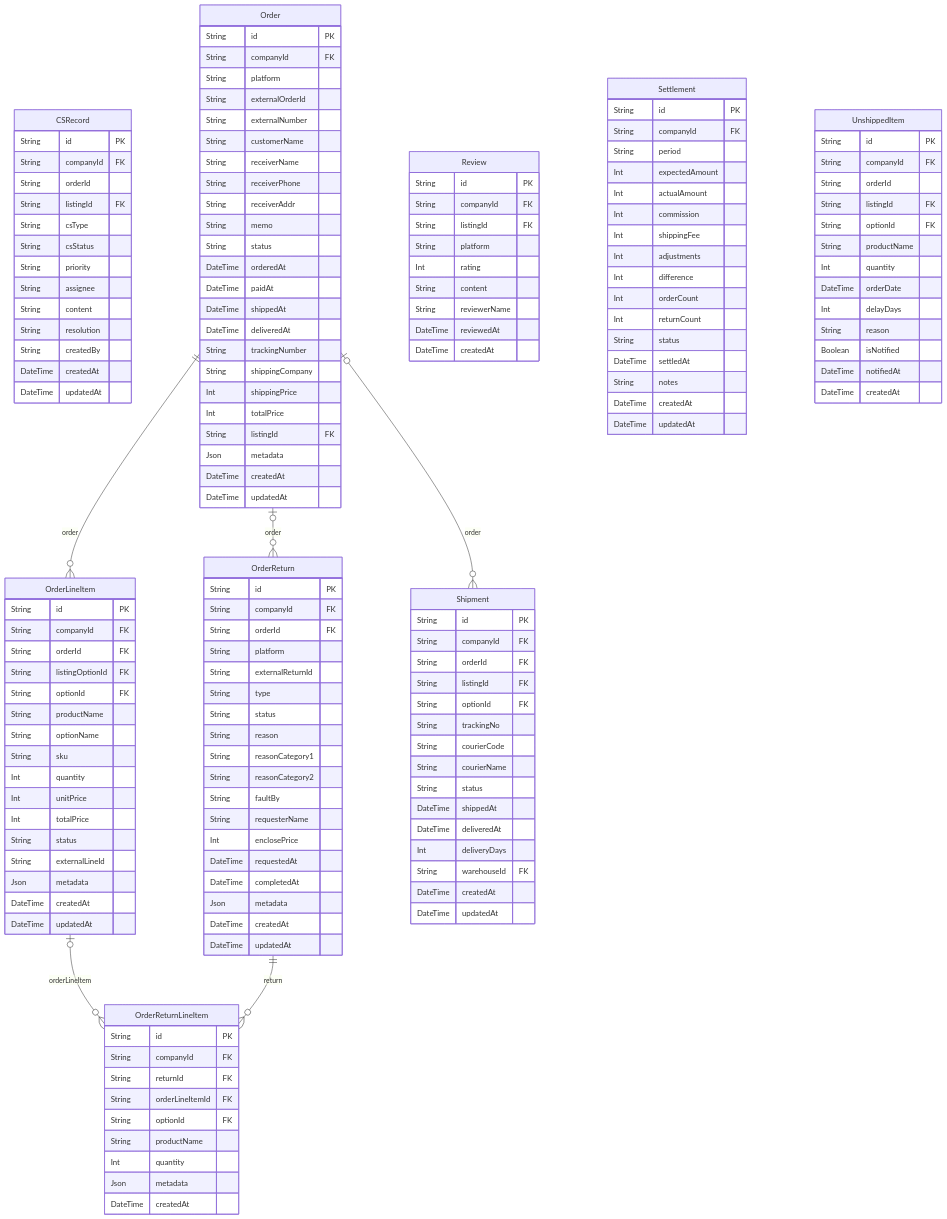
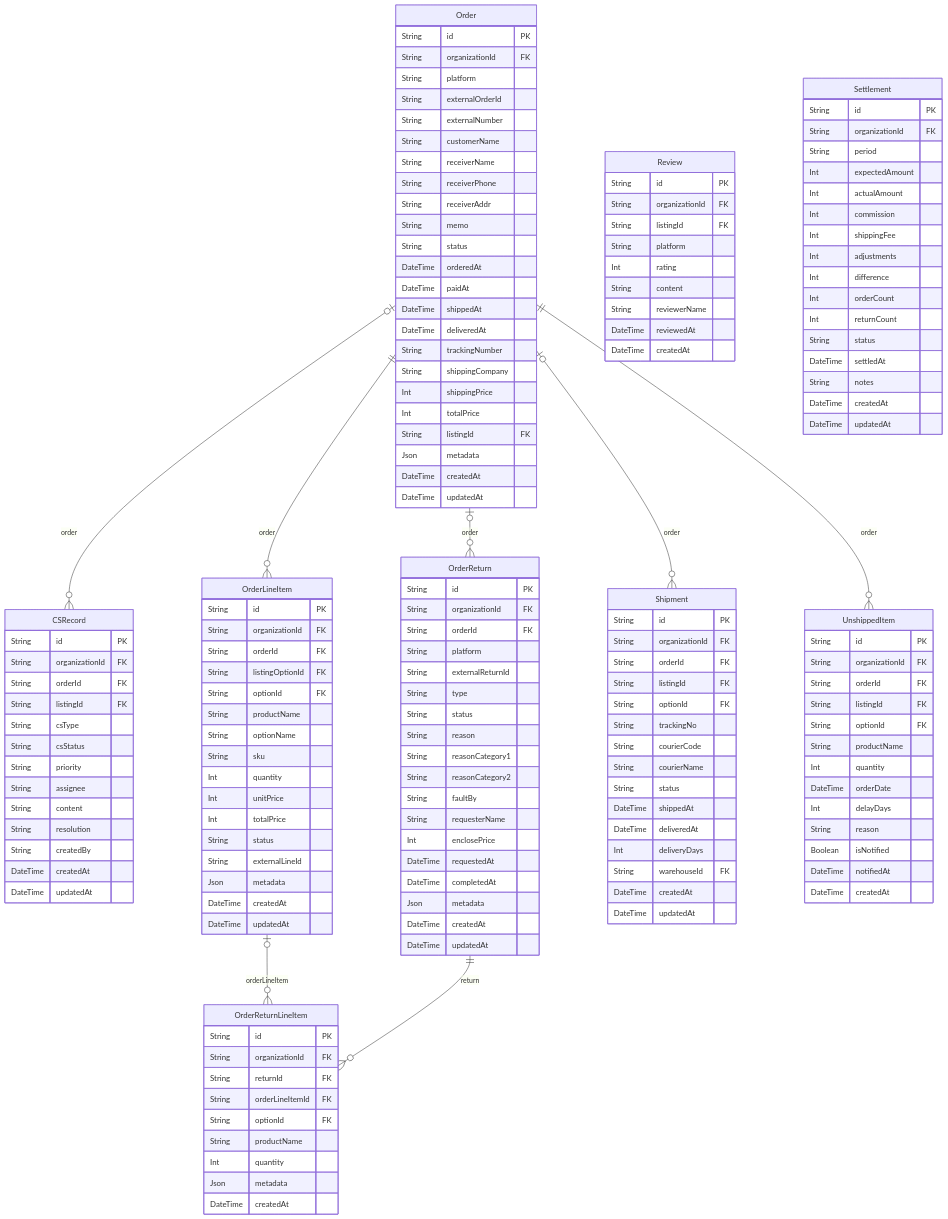
Before and after one commit to AgentFoundry-Labs/kiditem: the diagram in docs/erd/orders.md, drawn with Mermaid. The commit also changed other lines of this file and 531 other files, not shown here.

````diff
--- a/docs/erd/orders.md
+++ b/docs/erd/orders.md
@@ -25,8 +25,8 @@
 erDiagram
   CSRecord {
     String id PK
-    String companyId FK
-    String orderId
+    String organizationId FK
+    String orderId FK
     String listingId FK
     String csType
     String csStatus
@@ -40,7 +40,7 @@
   }
   Order {
     String id PK
-    String companyId FK
+    String organizationId FK
     String platform
     String externalOrderId
     String externalNumber
@@ -65,7 +65,7 @@
   }
   OrderLineItem {
     String id PK
-    String companyId FK
+    String organizationId FK
     String orderId FK
     String listingOptionId FK
     String optionId FK
@@ -83,7 +83,7 @@
   }
   OrderReturn {
     String id PK
-    String companyId FK
+    String organizationId FK
     String orderId FK
     String platform
     String externalReturnId
@@ -103,7 +103,7 @@
   }
   OrderReturnLineItem {
     String id PK
-    String companyId FK
+    String organizationId FK
     String returnId FK
     String orderLineItemId FK
     String optionId FK
@@ -114,7 +114,7 @@
   }
   Review {
     String id PK
-    String companyId FK
+    String organizationId FK
     String listingId FK
     String platform
     Int rating
@@ -125,7 +125,7 @@
   }
   Settlement {
     String id PK
-    String companyId FK
+    String organizationId FK
     String period
     Int expectedAmount
     Int actualAmount
@@ -143,7 +143,7 @@
   }
   Shipment {
     String id PK
-    String companyId FK
+    String organizationId FK
     String orderId FK
     String listingId FK
     String optionId FK
@@ -160,8 +160,8 @@
   }
   UnshippedItem {
     String id PK
-    String companyId FK
-    String orderId
+    String organizationId FK
+    String orderId FK
     String listingId FK
     String optionId FK
     String productName
@@ -173,9 +173,11 @@
     DateTime notifiedAt
     DateTime createdAt
   }
+  Order o|--o{ CSRecord : "order"
   Order ||--o{ OrderLineItem : "order"
   Order o|--o{ OrderReturn : "order"
   Order o|--o{ Shipment : "order"
+  Order ||--o{ UnshippedItem : "order"
   OrderLineItem o|--o{ OrderReturnLineItem : "orderLineItem"
   OrderReturn ||--o{ OrderReturnLineItem : "return"
 ```
````
